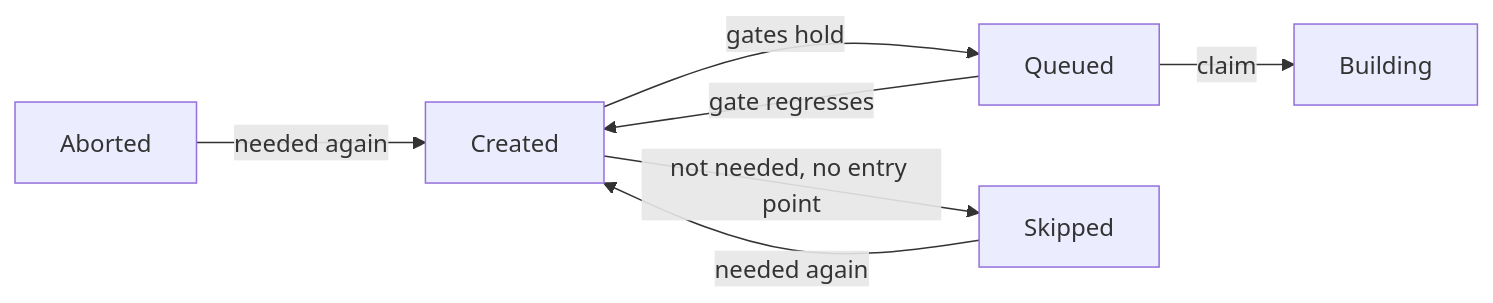
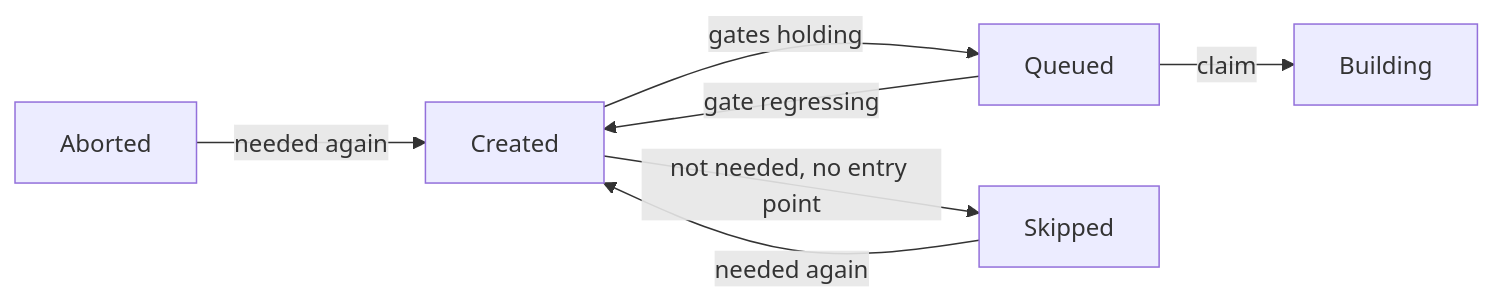
The diagram in docs/src/contributors/scheduler/promotion-and-counters.md (wavelens/gradient), drawn with Mermaid before and after one commit. The commit also changed other lines of this file and 70 other files, not shown here.

````diff
--- a/docs/src/contributors/scheduler/promotion-and-counters.md
+++ b/docs/src/contributors/scheduler/promotion-and-counters.md
@@ -5,9 +5,9 @@
 ```mermaid
 flowchart LR
-    C[Created] -- gates hold --> Q[Queued]
-    Q -- gate regresses --> C
+    C[Created] -- gates holding --> Q[Queued]
+    Q -- gate regressing --> C
     Q -- claim --> B[Building]
     C -- not needed, no entry point --> S[Skipped]
     S -- needed again --> C
     A[Aborted] -- needed again --> C
 ```
````
